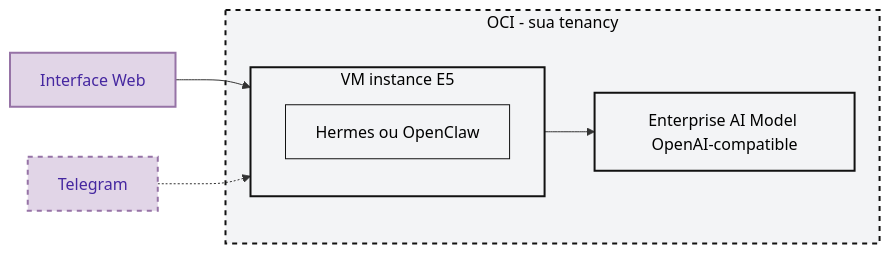
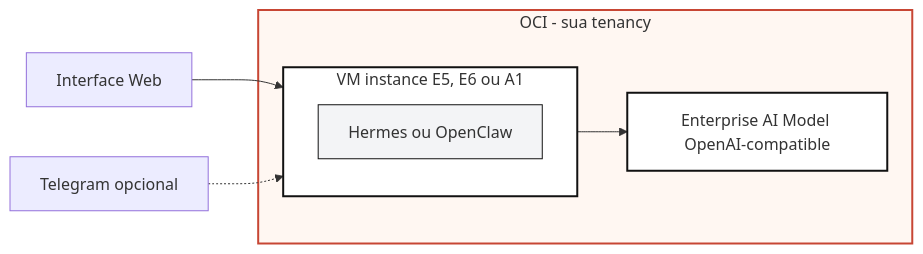
Before and after one commit to Gusttavosant/oracle: the diagram in Agent Station Experience/README.md, drawn with Mermaid. The commit also changed other lines of this file, not shown here.

First line of the commit message:
Revise README for VM details and Telegram setup

````diff
--- a/Agent Station Experience/README.md
+++ b/Agent Station Experience/README.md
@@ -35,27 +35,22 @@
 ```mermaid
 flowchart LR
     Web["Interface Web"]
-    Telegram["Telegram"]
+    Telegram["Telegram opcional"]
 
     subgraph OCI["OCI - sua tenancy"]
-        subgraph VM["VM instance E5"]
+        subgraph VM["VM instance E5, E6 ou A1"]
             App["Hermes ou OpenClaw"]
         end
         Model["Enterprise AI Model OpenAI-compatible"]
 
         VM --> Model
     end
 
     Web --> VM
     Telegram -.-> VM
 
-    class Web,Telegram purpleBox
-    classDef purpleBox fill:#e1d5e7,stroke:#9673a6,stroke-width:2px,color:#4527a0
-
-    style Telegram stroke-dasharray: 5 5,color:#4527a0
-
-    style OCI fill:#f3f4f6,stroke:#111111,stroke-width:2px,stroke-dasharray: 5 5,color:#000000
-    style VM fill:#f3f4f6,stroke:#111111,stroke-width:2px,color:#000000
-    style App fill:#f3f4f6,stroke:#111111,stroke-width:1px,color:#000000
-    style Model fill:#f3f4f6,stroke:#111111,stroke-width:2px,color:#000000
+    style OCI fill:#fff7f2,stroke:#c74634,stroke-width:2px
+    style VM fill:#ffffff,stroke:#111111,stroke-width:2px
+    style App fill:#f3f4f6,stroke:#111111,stroke-width:1px
+    style Model fill:#ffffff,stroke:#111111,stroke-width:2px
 ```
````
